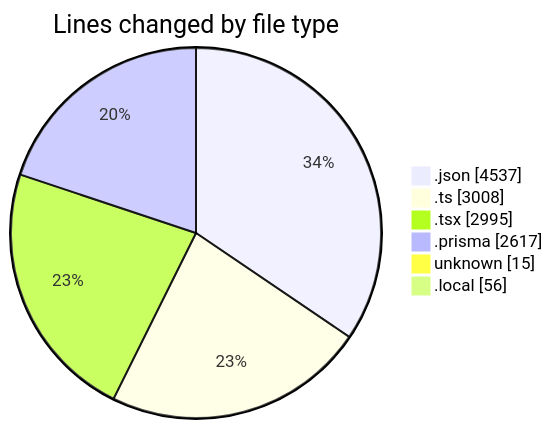
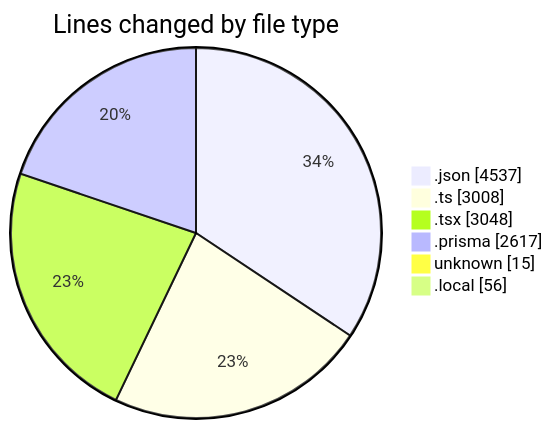
The first of 2 diagrams in 2025-05-15/ecodeli-1/README.md (CELIANVF/code-tracking), drawn with Mermaid before and after one commit. The commit also changed other lines of this file and 1 other file, not shown here.

````diff
--- a/2025-05-15/ecodeli-1/README.md
+++ b/2025-05-15/ecodeli-1/README.md
@@ -42,10 +42,10 @@
 ```mermaid
 pie showData
 title Lines changed by file type
 ".json" : 4537
 ".ts" : 3008
-".tsx" : 2995
+".tsx" : 3048
 ".prisma" : 2617
 "unknown" : 15
 ".local" : 56
 ```
````
